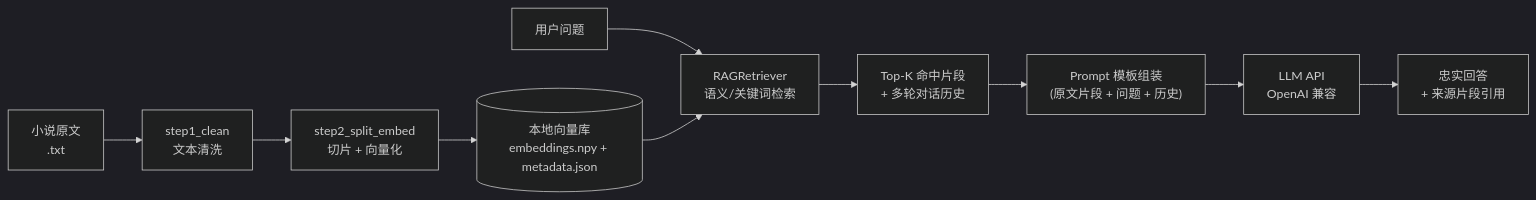
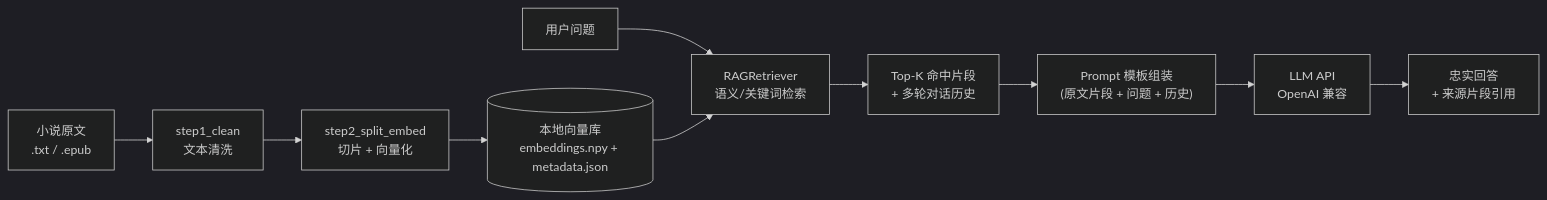
One commit to Simon-tanqi/novel-rag changed the diagram in README.md. Above: the diagram before and after it, drawn with Mermaid (dark theme). The commit also changed other lines of this file and 4 other files, not shown here.

````diff
--- a/README.md
+++ b/README.md
@@ -31,12 +32,12 @@
 ```mermaid
 flowchart LR
-    A["小说原文<br/>.txt"] --> B["step1_clean<br/>文本清洗"]
+    A["小说原文<br/>.txt / .epub"] --> B["step1_clean<br/>文本清洗"]
     B --> C["step2_split_embed<br/>切片 + 向量化"]
     C --> D[("本地向量库<br/>embeddings.npy + metadata.json")]
     Q["用户问题"] --> E["RAGRetriever<br/>语义/关键词检索"]
     D --> E
     E --> F["Top-K 命中片段<br/>+ 多轮对话历史"]
     F --> G["Prompt 模板组装<br/>(原文片段 + 问题 + 历史)"]
     G --> H["LLM API<br/>OpenAI 兼容"]
     H --> I["忠实回答<br/>+ 来源片段引用"]
 ```
````
